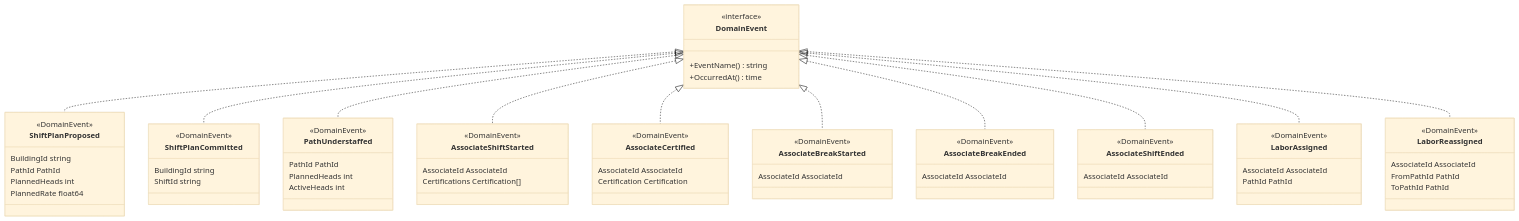
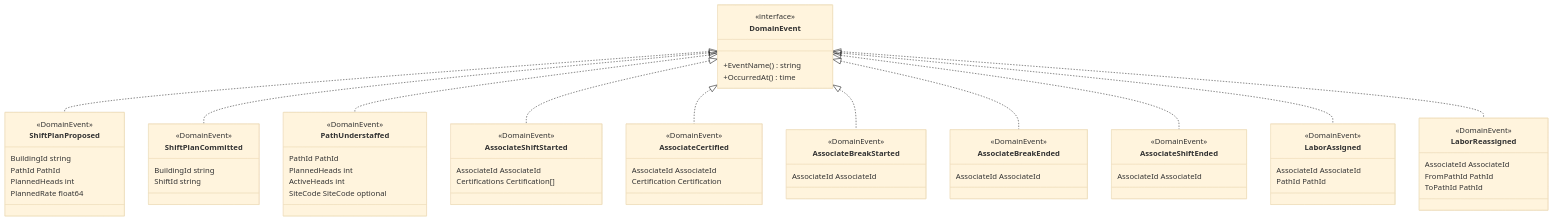
One commit to IQVO/warehouse-docs changed the second of 4 diagrams in docs/contexts/workforce-management/class-diagram.md. Above: the diagram before and after it, drawn with Mermaid (base theme). The commit also changed other lines of this file and 318 other files, not shown here.

````diff
--- a/docs/contexts/workforce-management/class-diagram.md
+++ b/docs/contexts/workforce-management/class-diagram.md
@@ -140,70 +148,71 @@
 ```mermaid
 classDiagram
     direction TB
     class DomainEvent {
         <<interface>>
         +EventName() string
         +OccurredAt() time
     }
     class ShiftPlanProposed {
         <<DomainEvent>>
         BuildingId string
         PathId PathId
         PlannedHeads int
         PlannedRate float64
     }
     class ShiftPlanCommitted {
         <<DomainEvent>>
         BuildingId string
         ShiftId string
     }
     class PathUnderstaffed {
         <<DomainEvent>>
         PathId PathId
         PlannedHeads int
         ActiveHeads int
+        SiteCode SiteCode optional
     }
     class AssociateShiftStarted {
         <<DomainEvent>>
         AssociateId AssociateId
         Certifications Certification[]
     }
     class AssociateCertified {
         <<DomainEvent>>
         AssociateId AssociateId
         Certification Certification
     }
     class AssociateBreakStarted {
         <<DomainEvent>>
         AssociateId AssociateId
     }
     class AssociateBreakEnded {
         <<DomainEvent>>
         AssociateId AssociateId
     }
     class AssociateShiftEnded {
         <<DomainEvent>>
         AssociateId AssociateId
     }
     class LaborAssigned {
         <<DomainEvent>>
         AssociateId AssociateId
         PathId PathId
     }
     class LaborReassigned {
         <<DomainEvent>>
         AssociateId AssociateId
         FromPathId PathId
         ToPathId PathId
     }
     DomainEvent <|.. ShiftPlanProposed
     DomainEvent <|.. ShiftPlanCommitted
     DomainEvent <|.. PathUnderstaffed
     DomainEvent <|.. AssociateShiftStarted
     DomainEvent <|.. AssociateCertified
     DomainEvent <|.. AssociateBreakStarted
     DomainEvent <|.. AssociateBreakEnded
     DomainEvent <|.. AssociateShiftEnded
     DomainEvent <|.. LaborAssigned
     DomainEvent <|.. LaborReassigned
 ```
````
